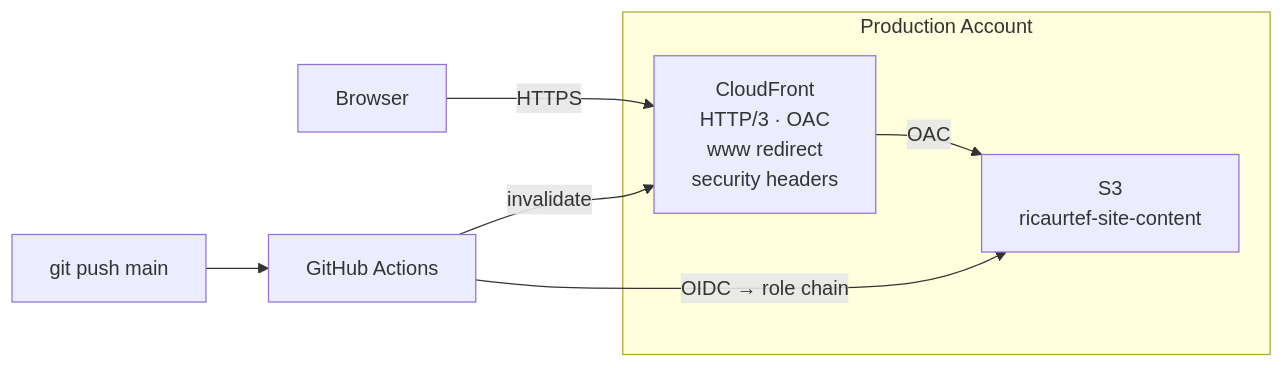
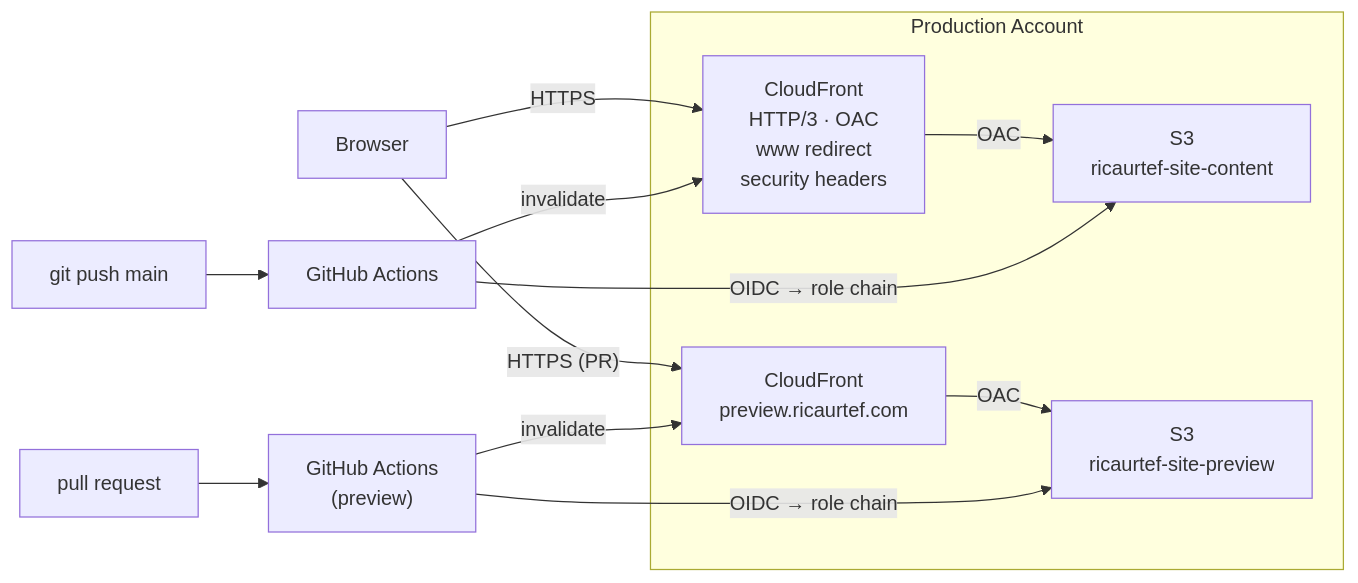
The diagram in README.md (ricaurtef/ricaurtef.com), drawn with Mermaid before and after one commit. The commit also changed other lines of this file and 1 other file, not shown here.

First line of the commit message:
docs: update README with preview deploys, fix theme reference

````diff
--- a/README.md
+++ b/README.md
@@ -15,16 +15,24 @@
 ```mermaid
 flowchart LR
   browser["Browser"]
   browser -->|"HTTPS"| cf
+  browser -->|"HTTPS (PR)"| cfp
 
   subgraph aws["Production Account"]
     cf["CloudFront\nHTTP/3 · OAC\nwww redirect\nsecurity headers"]
+    cfp["CloudFront\npreview.ricaurtef.com"]
     s3["S3\nricaurtef-site-content"]
+    s3p["S3\nricaurtef-site-preview"]
   end
 
   cf -->|"OAC"| s3
+  cfp -->|"OAC"| s3p
 
   push["git push main"] --> gha["GitHub Actions"]
   gha -->|"OIDC → role chain"| s3
   gha -->|"invalidate"| cf
+
+  pr["pull request"] --> ghap["GitHub Actions\n(preview)"]
+  ghap -->|"OIDC → role chain"| s3p
+  ghap -->|"invalidate"| cfp
 ```
````
